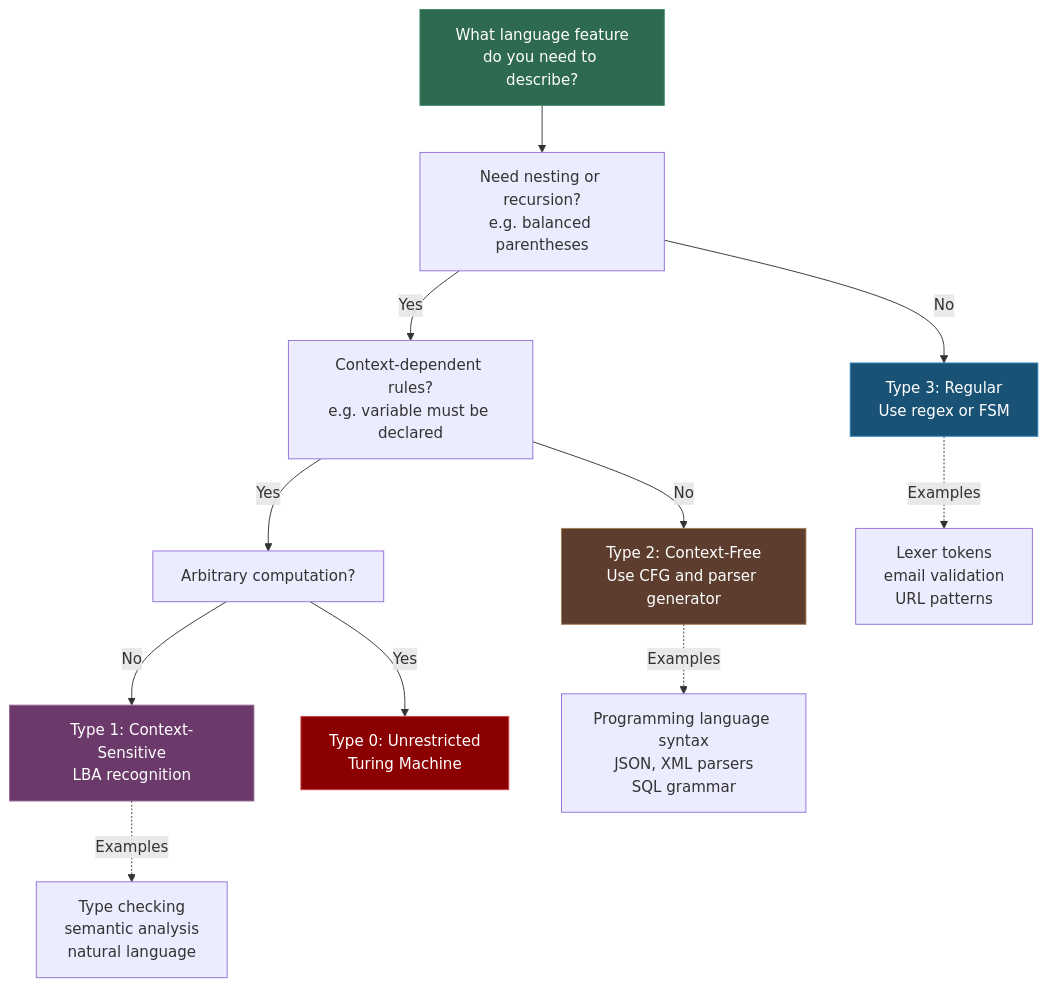
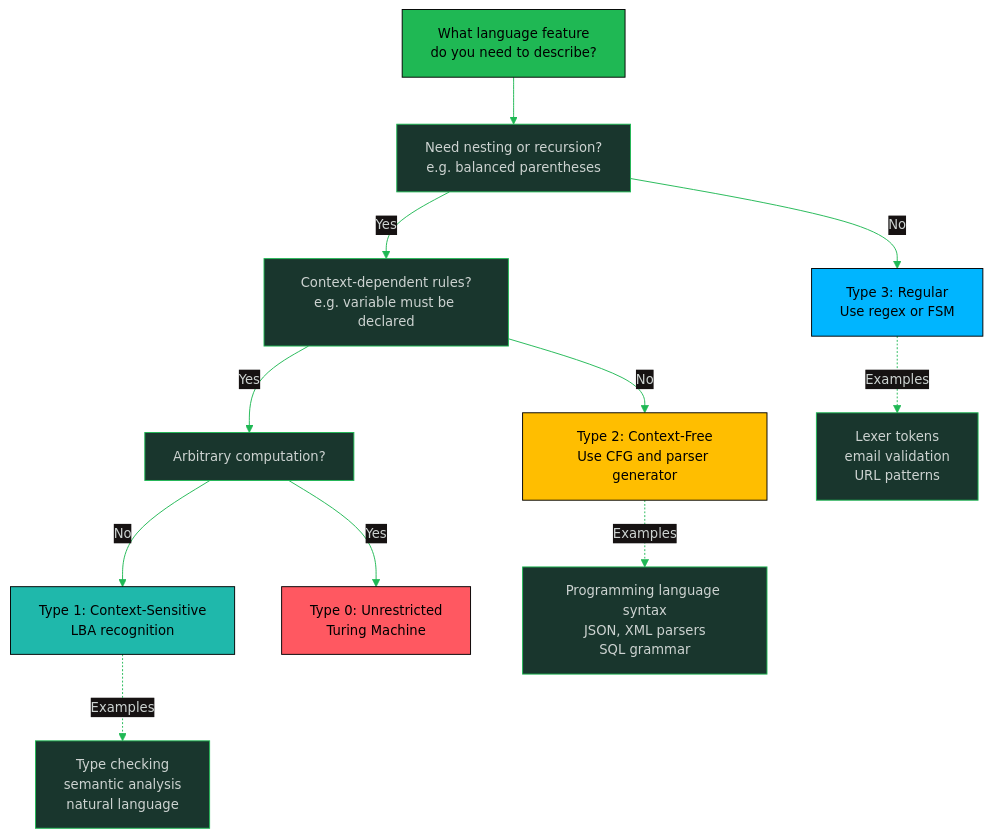
Before and after one commit to oat431/swe-knowledge: the second of 2 diagrams in math-for-software-engineering-note/07_grammars.md, drawn with Mermaid. The commit also changed other lines of this file and 18 other files, not shown here.

````diff
--- a/math-for-software-engineering-note/07_grammars.md
+++ b/math-for-software-engineering-note/07_grammars.md
@@ -162,20 +163,21 @@
 ```mermaid
+%%{init: {'theme':'base','themeVariables':{'primaryColor':'#19362D','primaryTextColor':'#CDD3D1','primaryBorderColor':'#1FB854','lineColor':'#1FB854','background':'#1B1717','mainBkg':'#19362D','clusterBkg':'#161212','edgeLabelBackground':'#161212','titleColor':'#1FB854','fontSize':'14px'}}}%%
 flowchart TD
     START["What language feature\ndo you need to describe?"] --> Q1["Need nesting or recursion?\ne.g. balanced parentheses"]
     Q1 -->|No| REGEX["Type 3: Regular\nUse regex or FSM"]
     Q1 -->|Yes| Q2["Context-dependent rules?\ne.g. variable must be declared"]
     Q2 -->|No| CFG["Type 2: Context-Free\nUse CFG and parser generator"]
     Q2 -->|Yes| Q3["Arbitrary computation?"]
     Q3 -->|No| CSG["Type 1: Context-Sensitive\nLBA recognition"]
     Q3 -->|Yes| UNR["Type 0: Unrestricted\nTuring Machine"]
 
     REGEX -.->|Examples| RE_EX["Lexer tokens\nemail validation\nURL patterns"]
     CFG -.->|Examples| CFG_EX["Programming language syntax\nJSON, XML parsers\nSQL grammar"]
     CSG -.->|Examples| CSG_EX["Type checking\nsemantic analysis\nnatural language"]
 
-    style START fill:#2d6a4f,stroke:#40916c,color:#fff
-    style REGEX fill:#1a5276,stroke:#2e86c1,color:#fff
-    style CFG fill:#5c3d2e,stroke:#a67c52,color:#fff
-    style CSG fill:#6b3a6b,stroke:#9b6b9b,color:#fff
-    style UNR fill:#8b0000,stroke:#c44,color:#fff
+    style START fill:#1FB854,stroke:#000000,color:#000000
+    style REGEX fill:#00B5FF,stroke:#000000,color:#000000
+    style CFG fill:#FFBE00,stroke:#000000,color:#000000
+    style CSG fill:#1FB8AB,stroke:#000000,color:#000000
+    style UNR fill:#FF5861,stroke:#000000,color:#000000
 ```
````
